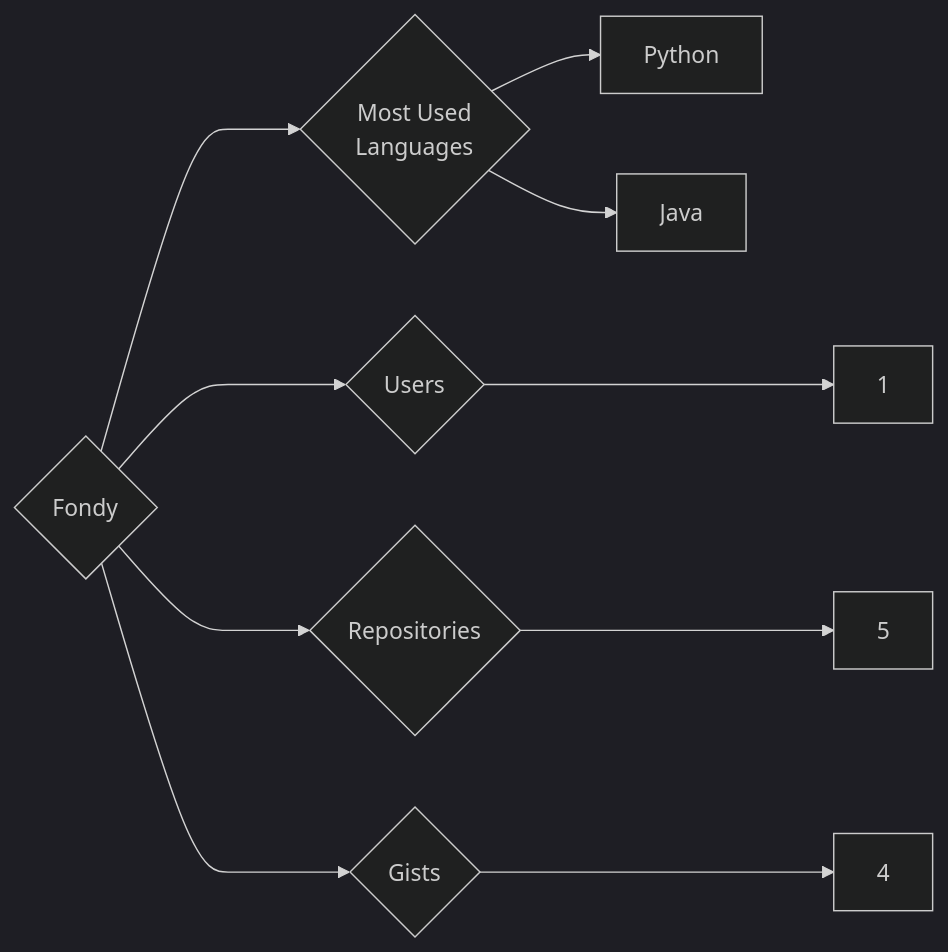
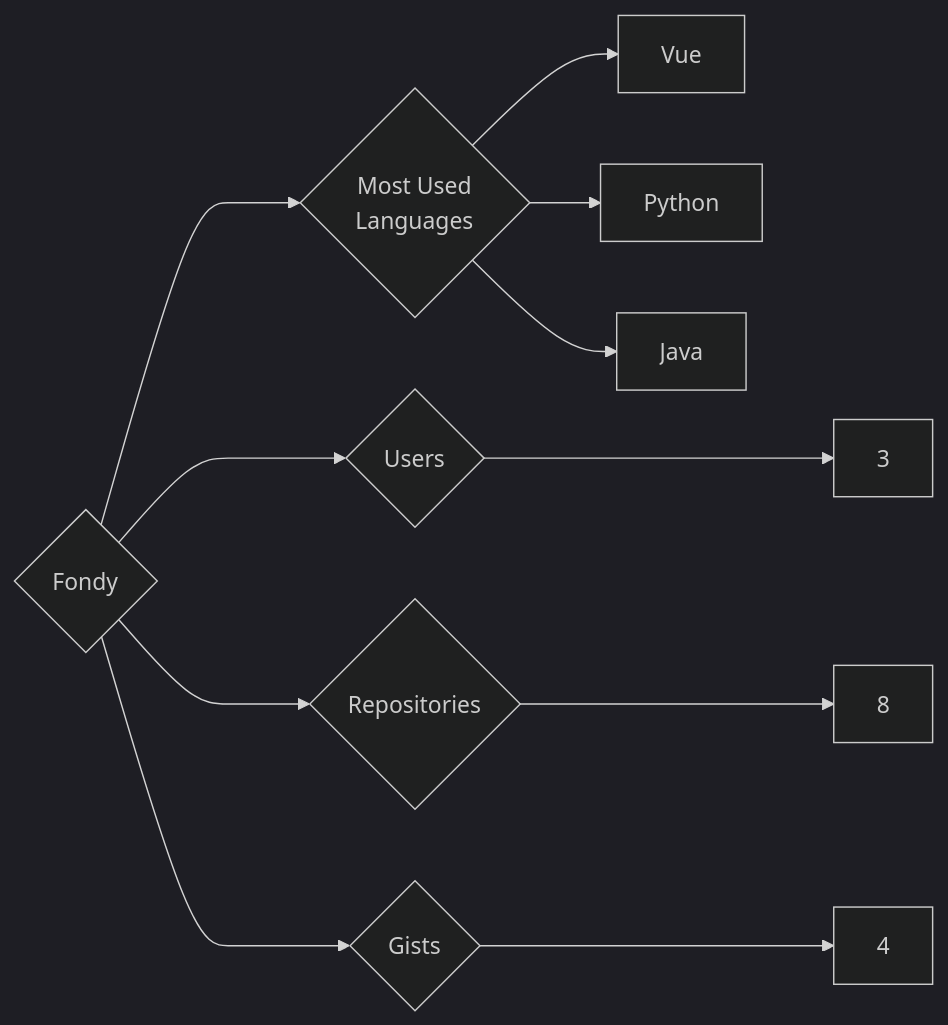
One commit to trickest/insiders changed the diagram in targets/Fondy/README.md. Above: the diagram before and after it, drawn with Mermaid (dark theme). The commit also changed 935 other files, not shown here.

````diff
--- a/targets/Fondy/README.md
+++ b/targets/Fondy/README.md
@@ -3,10 +3,11 @@
 ```mermaid
 graph LR
 COMPANY_NAME{Fondy}
-COMPANY_NAME ---> U{Users} ---> UN[1]
-COMPANY_NAME ---> R{Repositories} ---> RN[5]
+COMPANY_NAME ---> U{Users} ---> UN[3]
+COMPANY_NAME ---> R{Repositories} ---> RN[8]
 COMPANY_NAME ---> G{Gists} ---> GN[4]
 COMPANY_NAME ---> ML{Most Used<br>Languages}
+ML --> Vue[Vue]
 ML --> Python[Python]
 ML --> Java[Java]
 ```
````
